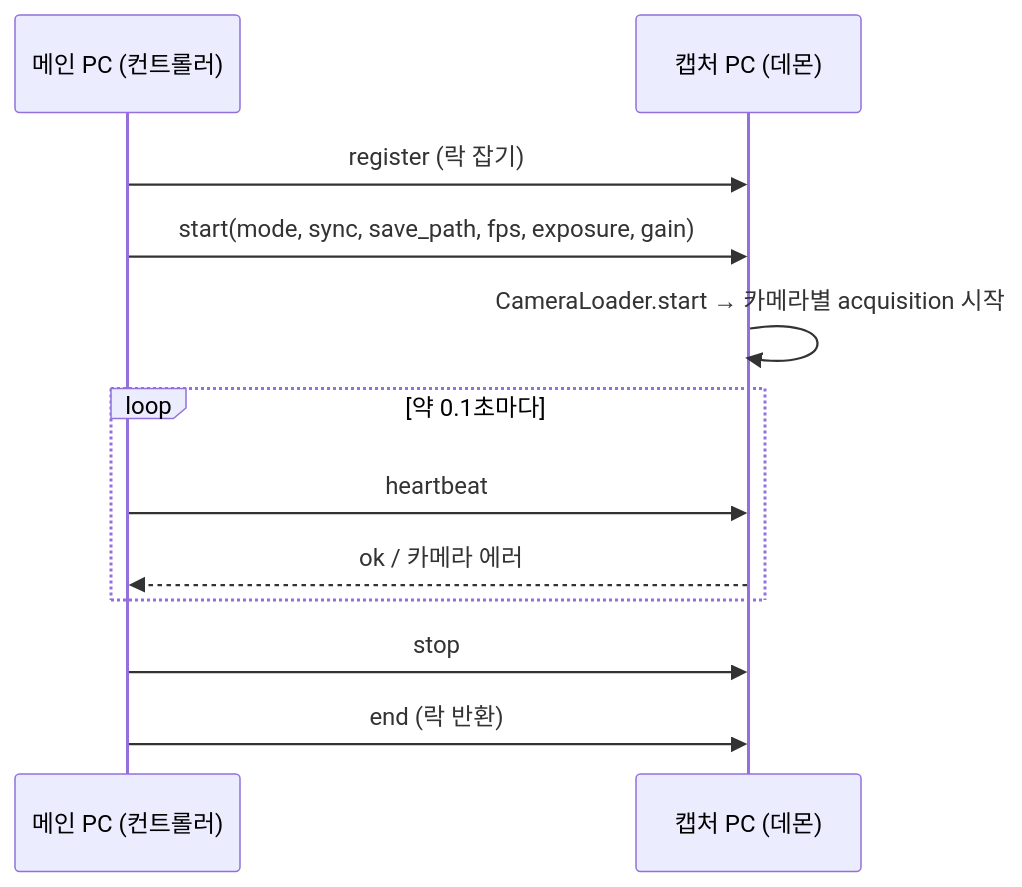
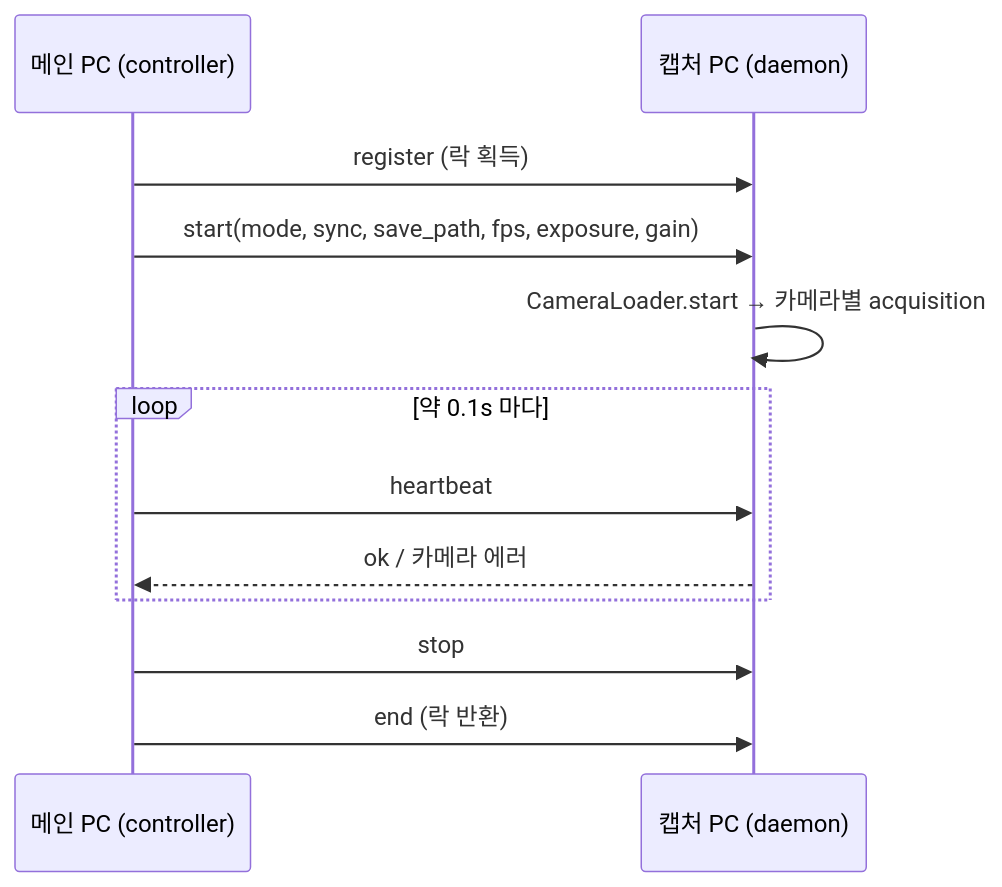
One commit to willi19/paradex changed the third of 7 diagrams in docs/camera_system.md. Above: the diagram before and after it, drawn with Mermaid. The commit also changed other lines of this file and 154 other files, not shown here.

````diff
--- a/docs/camera_system.md
+++ b/docs/camera_system.md
@@ -49,14 +178,14 @@
 ```{mermaid}
 sequenceDiagram
-    participant M as 메인 PC (컨트롤러)
-    participant D as 캡처 PC (데몬)
-    M->>D: register (락 잡기)
+    participant M as 메인 PC (controller)
+    participant D as 캡처 PC (daemon)
+    M->>D: register (락 획득)
     M->>D: start(mode, sync, save_path, fps, exposure, gain)
-    D->>D: CameraLoader.start → 카메라별 acquisition 시작
-    loop 약 0.1초마다
+    D->>D: CameraLoader.start → 카메라별 acquisition
+    loop 약 0.1s 마다
       M->>D: heartbeat
       D-->>M: ok / 카메라 에러
     end
     M->>D: stop
     M->>D: end (락 반환)
 ```
````
